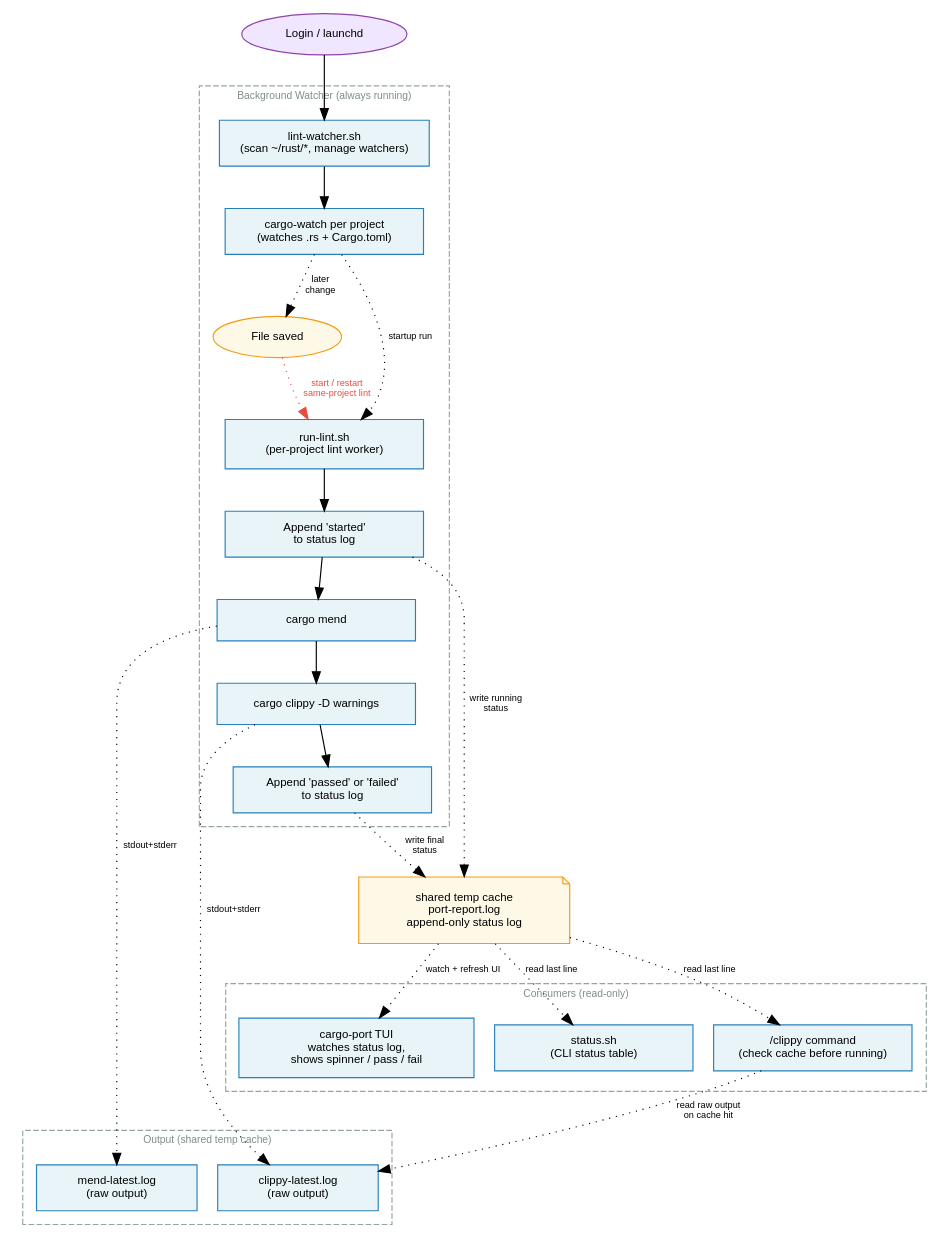
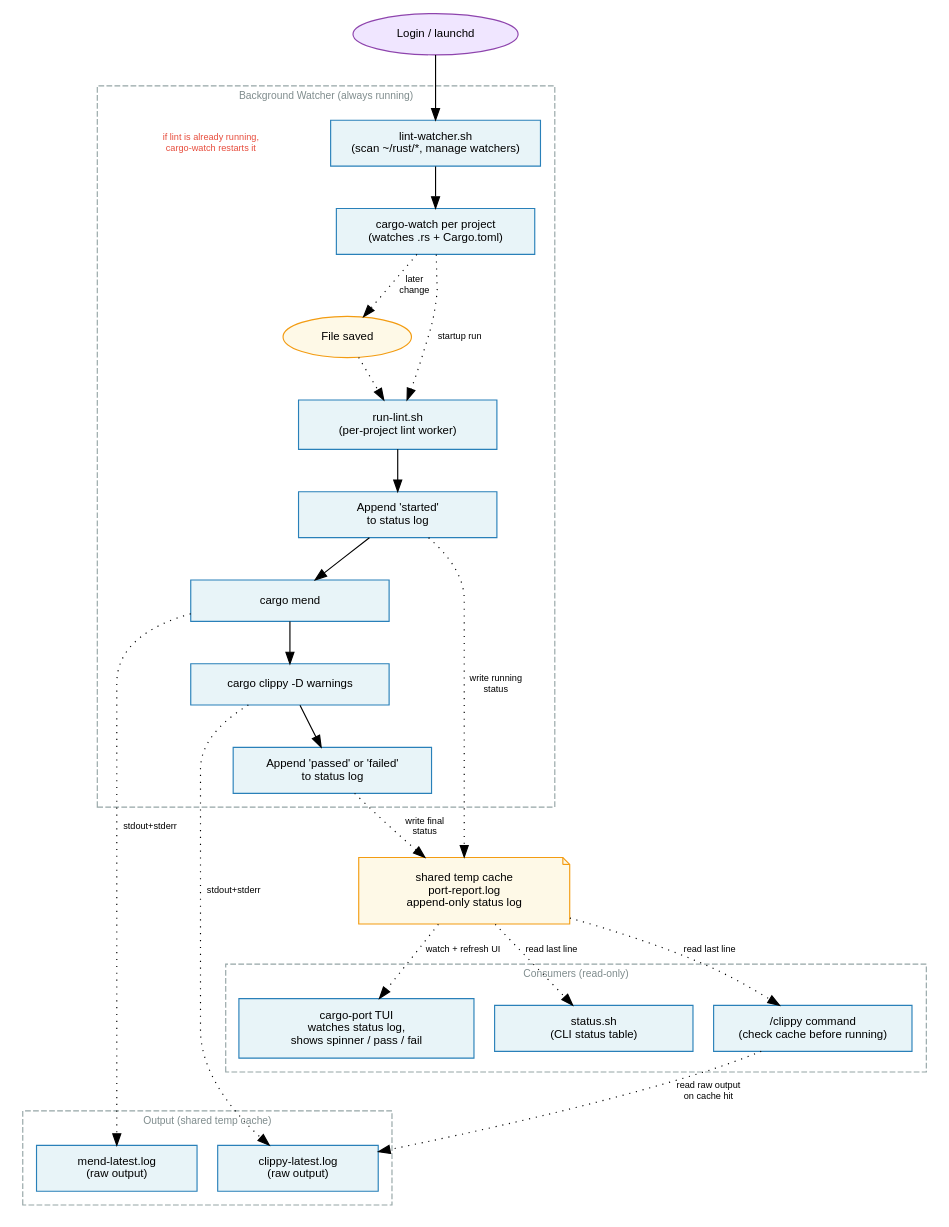
One commit to natepiano/claude_commands changed the diagram in scripts/lint-watcher/lint-watcher-flow.dot. Above: the diagram before and after it, drawn with Graphviz. The commit also changed 21 other files, not shown here.

```diff
--- a/scripts/lint-watcher/lint-watcher-flow.dot
+++ b/scripts/lint-watcher/lint-watcher-flow.dot
@@ -1,94 +1,95 @@
 digraph lint_watcher {
     // ┌─────────────────────────────────────────────────────────────────┐
     // │ LAYOUT GUIDE                                                    │
     // │                                                                 │
     // │ Render:  python3 render-flow.py                                 │
     // │          (runs neato -n2, then injects cluster borders + viewBox)│
     // │                                                                 │
     // │ Positions use Graphviz points (1 inch = 72pt).                  │
     // │ Node width=2.4 → 172.8pt. Y spacing between rows: ~60-70pt.    │
     // │                                                                 │
     // │ Column layout:                                                  │
     // │   Watcher column center  = 130                                  │
-    // │   shared log center      = 380                                  │
-    // │   Output column center   = 730                                  │
-    // │   Consumer column center = 730                                  │
+    // │   shared log center      = 400                                  │
+    // │   Output column center   = 680                                  │
+    // │   Consumer column center = 680                                  │
     // └─────────────────────────────────────────────────────────────────┘
     fontname="Helvetica"
     node [fontname="Helvetica" fontsize=10 style=filled shape=box margin="0.12,0.06" width=2.4 height=0.5]
     edge [fontname="Helvetica" fontsize=8]
     overlap=false
     splines=true
 
     node [fillcolor="#e8f4f8" color="#2980b9"]
 
     start [label="Login / launchd" shape=oval fillcolor="#f0e6ff" color="#8e44ad" width=2.0 pos="130,938!"]
 
     // ══════ Background Watcher (x center = 130) ══════
     subgraph cluster_watcher {
         label="Background Watcher (always running)"
         style=dashed color="#95a5a6" fontcolor="#7f8c8d" fontsize=9
         margin=12
 
         orchestrator [label="lint-watcher.sh\n(scan ~/rust/*, manage watchers)" height=0.55 pos="130,820!"]
         cargo_watch [label="cargo-watch per project\n(watches .rs + Cargo.toml)" height=0.55 pos="130,745!"]
         file_saved [label="File saved" shape=oval fillcolor="#fef9e7" color="#f39c12" width=1.55 pos="130,682!"]
+        restart_note [label="if lint is already running,\ncargo-watch restarts it" shape=plaintext style="" color="#e74c3c" fontcolor="#e74c3c" fontsize=8 pos="130,645!"]
         run_lint [label="run-lint.sh\n(per-project lint worker)" height=0.6 pos="130,595!"]
         write_started [label="Append 'started'\nto status log" height=0.55 pos="130,520!"]
         run_mend [label="cargo mend" pos="130,445!"]
         run_clippy [label="cargo clippy -D warnings" pos="130,370!"]
         write_result [label="Append 'passed' or 'failed'\nto status log" height=0.55 pos="130,305!"]
     }
 
     // ══════ Output Files (x center = 620, top half) ══════
     subgraph cluster_output {
         label="Output (shared temp cache)"
         style=dashed color="#95a5a6" fontcolor="#7f8c8d" fontsize=9
         margin=12
 
-        mend_log [label="mend-latest.log\n(raw output)" width=1.95 height=0.55 pos="730,655!"]
-        clippy_log [label="clippy-latest.log\n(raw output)" width=1.95 height=0.55 pos="730,575!"]
+        mend_log [label="mend-latest.log\n(raw output)" width=1.95 height=0.55 pos="680,670!"]
+        clippy_log [label="clippy-latest.log\n(raw output)" width=1.95 height=0.55 pos="680,590!"]
     }
 
     // ══════ Protocol File (between columns) ══════
-    port_report [label="shared temp cache\nport-report.log\nappend-only status log" shape=note fillcolor="#fef9e7" color="#f39c12" height=0.8 width=2.55 pos="380,305!"]
+    port_report [label="shared temp cache\nport-report.log\nappend-only status log" shape=note fillcolor="#fef9e7" color="#f39c12" height=0.8 width=2.55 pos="400,305!"]
 
     // ══════ Consumers (x center = 620, bottom half) ══════
     subgraph cluster_consumers {
         label="Consumers (read-only)"
         style=dashed color="#95a5a6" fontcolor="#7f8c8d" fontsize=9
         margin=12
 
-        clippy_cmd [label="/clippy command\n(check cache before running)" height=0.55 pos="730,450!"]
-        cargo_port [label="cargo-port TUI\nwatches status log,\nshows spinner / pass / fail" height=0.72 width=2.85 pos="730,340!"]
-        status_sh [label="status.sh\n(CLI status table)" height=0.55 pos="730,305!"]
+        clippy_cmd [label="/clippy command\n(check cache before running)" height=0.55 pos="680,430!"]
+        cargo_port [label="cargo-port TUI\nwatches status log,\nshows spinner / pass / fail" height=0.72 width=2.85 pos="680,320!"]
+        status_sh [label="status.sh\n(CLI status table)" height=0.55 pos="680,225!"]
     }
 
     // ── Edges ──
 
     // Start → Watcher
     start -> orchestrator
 
     // Watcher internal
     orchestrator -> cargo_watch
     cargo_watch -> run_lint [style=dotted label="startup run"]
     cargo_watch -> file_saved [style=dotted label="later\nchange"]
-    file_saved -> run_lint [style=dotted label="start / restart\nsame-project lint" color="#e74c3c" fontcolor="#e74c3c"]
+    file_saved -> run_lint [style=dotted]
     run_lint -> write_started -> run_mend -> run_clippy -> write_result
 
     // Watcher → Output Files
     run_mend -> mend_log [style=dotted label="stdout+stderr"]
     run_clippy -> clippy_log [style=dotted label="stdout+stderr"]
 
     // Watcher → Protocol File
     write_started -> port_report [style=dotted label="write running\nstatus"]
     write_result -> port_report [style=dotted label="write final\nstatus"]
 
     // Protocol File → Consumers
     port_report -> clippy_cmd [style=dotted label="read last line"]
     port_report -> cargo_port [style=dotted label="watch + refresh UI"]
     port_report -> status_sh [style=dotted label="read last line"]
 
     // Consumers → Output Files
     clippy_cmd -> clippy_log [style=dotted label="read raw output\non cache hit"]
 }
```
